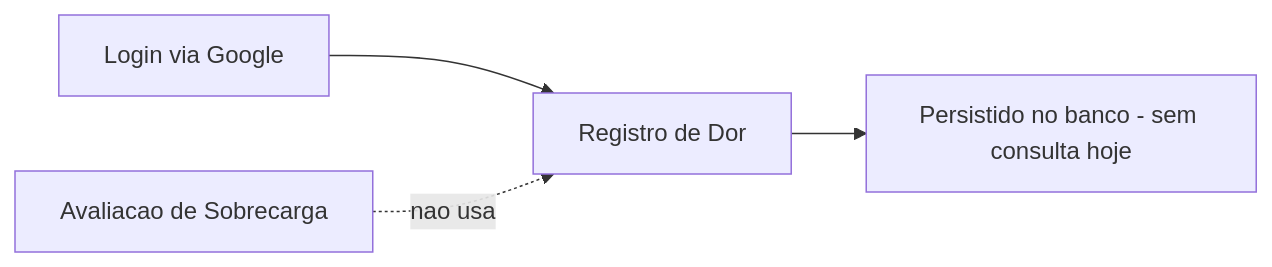
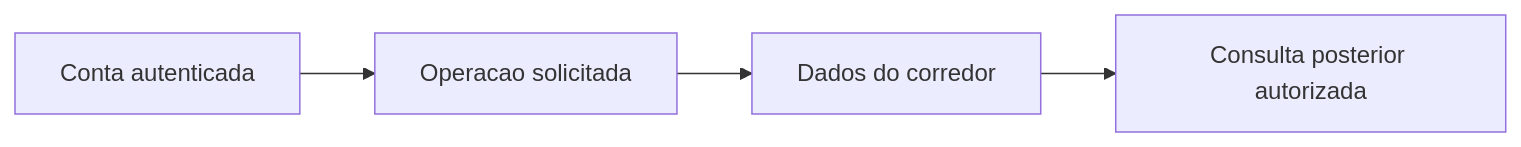
The third of 3 diagrams in DocumentAIReadme/Steady.Api/BusinessRulesDocs/Registro-de-Dor-Treino-Dor-Rules.md (JoaoFPedro/steady-ia), drawn with Mermaid before and after one commit. The commit also changed other lines of this file and 318 other files, not shown here.

````diff
--- a/DocumentAIReadme/Steady.Api/BusinessRulesDocs/Registro-de-Dor-Treino-Dor-Rules.md
+++ b/DocumentAIReadme/Steady.Api/BusinessRulesDocs/Registro-de-Dor-Treino-Dor-Rules.md
@@ -98,6 +110,6 @@
 ```mermaid
 graph LR
-    A[Registro de Dor] --> B[Persistido no banco - sem consulta hoje]
-    C[Login via Google] --> A
-    D[Avaliacao de Sobrecarga] -.nao usa.-> A
+    Conta[Conta autenticada] --> Funcionalidade[Operacao solicitada]
+    Funcionalidade --> Persistencia[Dados do corredor]
+    Persistencia --> Consulta[Consulta posterior autorizada]
 ```
````
